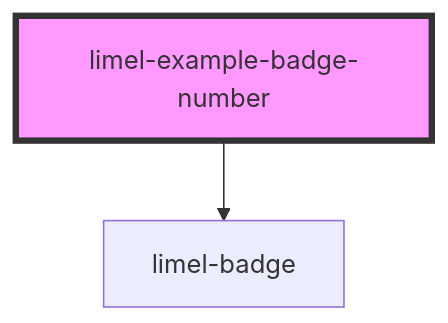
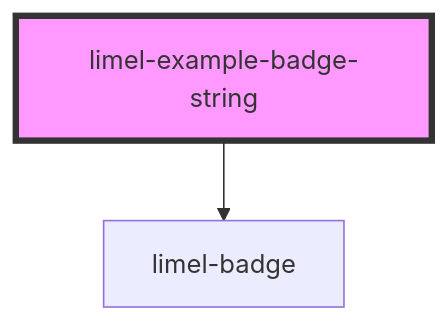
Before and after one commit to Lundalogik/lime-elements: the diagram in versions/PR-3783/markdown-docs/components/badge/examples/readme.md, drawn with Mermaid. The commit also changed other lines of this file and 6 other files, not shown here.

````diff
--- a/versions/PR-3783/markdown-docs/components/badge/examples/readme.md
+++ b/versions/PR-3783/markdown-docs/components/badge/examples/readme.md
@@ -24,5 +22,5 @@
 ```mermaid
 graph TD;
-  limel-example-badge-number --> limel-badge
-  style limel-example-badge-number fill:#f9f,stroke:#333,stroke-width:4px
+  limel-example-badge-string --> limel-badge
+  style limel-example-badge-string fill:#f9f,stroke:#333,stroke-width:4px
 ```
````
